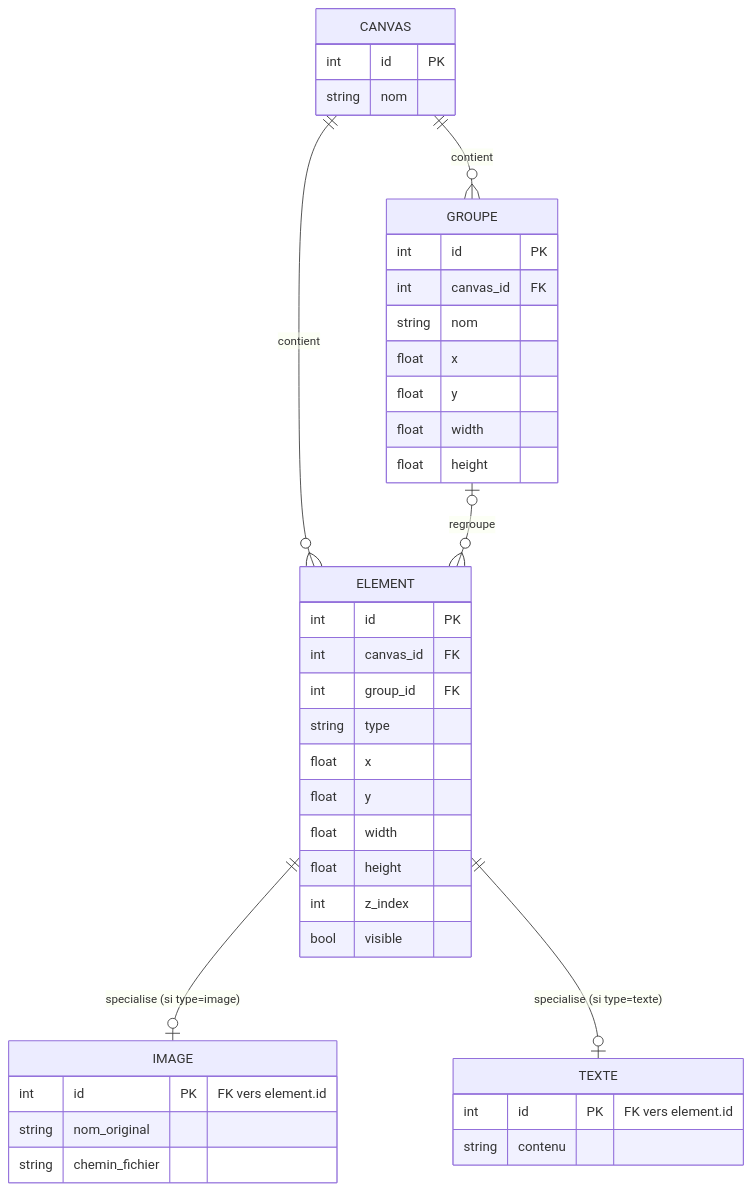
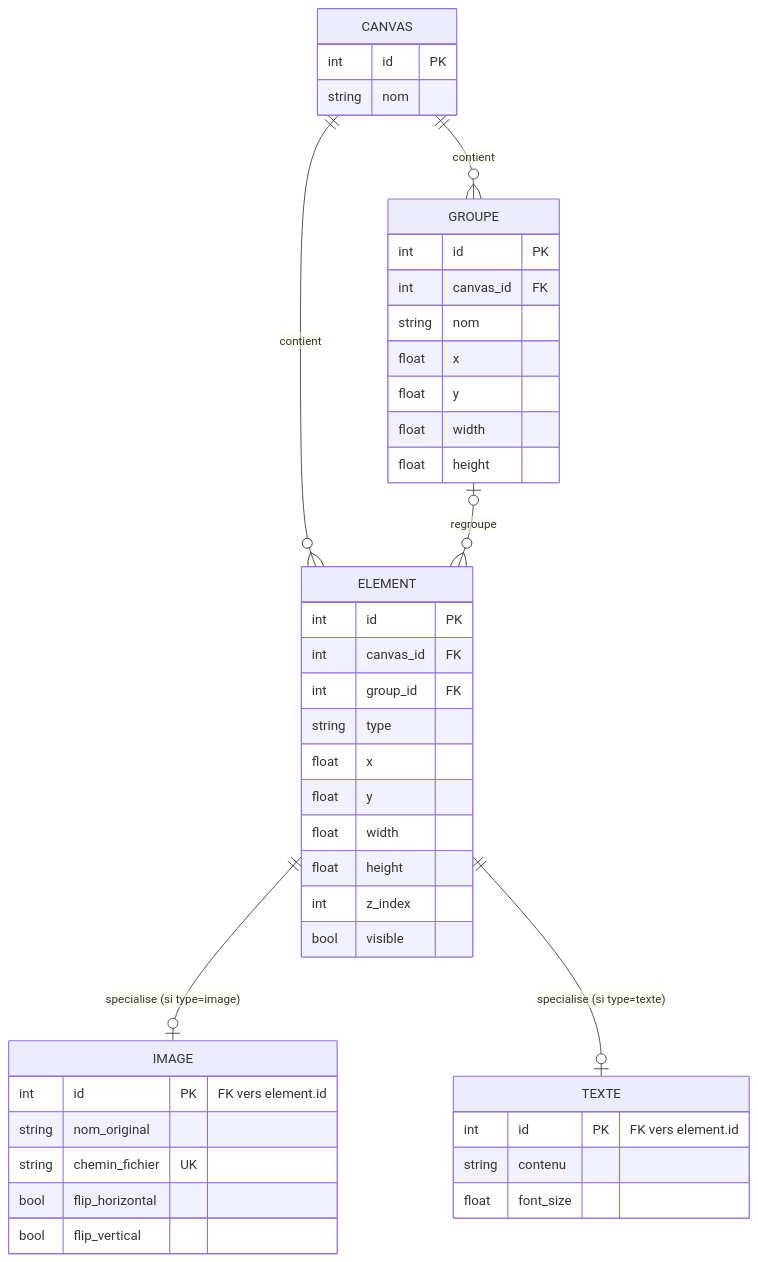
Before and after one commit to acps32/reference_manager: the diagram in docs/Schema.md, drawn with Mermaid. The commit also changed other lines of this file and 11 other files, not shown here.

````diff
--- a/docs/Schema.md
+++ b/docs/Schema.md
@@ -5,47 +5,50 @@
 ```mermaid
 erDiagram
     CANVAS ||--o{ ELEMENT : contient
     CANVAS ||--o{ GROUPE : contient
     GROUPE o|--o{ ELEMENT : regroupe
     ELEMENT ||--o| IMAGE : "specialise (si type=image)"
     ELEMENT ||--o| TEXTE : "specialise (si type=texte)"
 
     CANVAS {
         int id PK
         string nom
     }
 
     GROUPE {
         int id PK
         int canvas_id FK
         string nom
         float x
         float y
         float width
         float height
     }
 
     ELEMENT {
         int id PK
         int canvas_id FK
         int group_id FK
         string type
         float x
         float y
         float width
         float height
         int z_index
         bool visible
     }
 
     IMAGE {
         int id PK "FK vers element.id"
         string nom_original
-        string chemin_fichier
+        string chemin_fichier UK
+        bool flip_horizontal
+        bool flip_vertical
     }
 
     TEXTE {
         int id PK "FK vers element.id"
         string contenu
+        float font_size
     }
 ```
````
